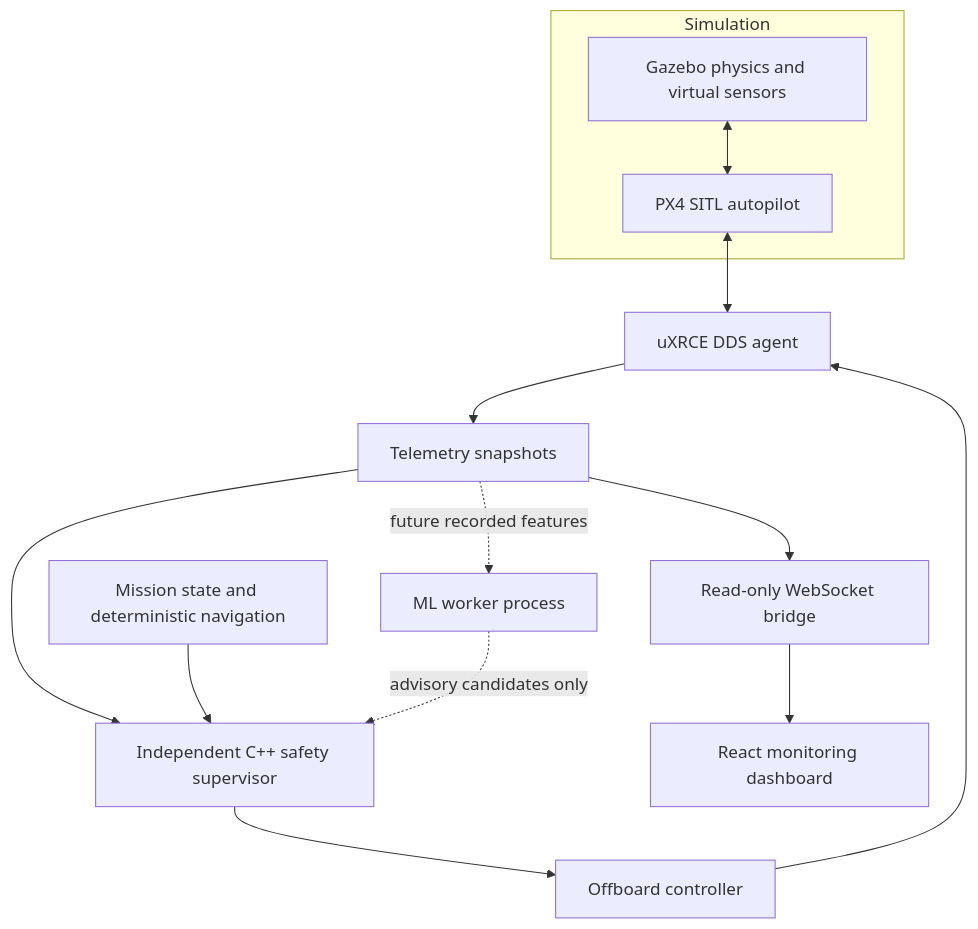
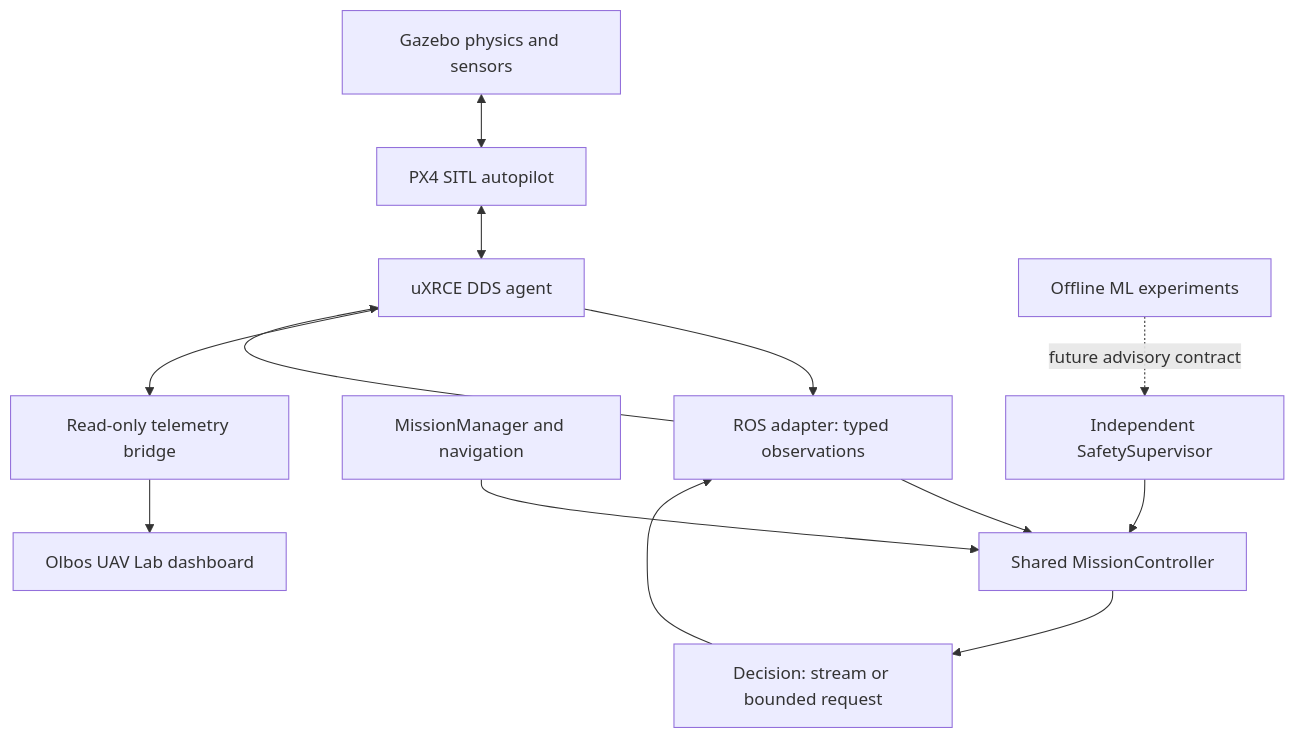
Before and after one commit to olbos-technologies/olbos-uav-lab: the first of 2 diagrams in docs/architecture/architecture.md, drawn with Mermaid. The commit also changed other lines of this file and 32 other files, not shown here.

Commit message:
Unify the harness and PX4 adapter around a tested mission controller

````diff
--- a/docs/architecture/architecture.md
+++ b/docs/architecture/architecture.md
@@ -4,16 +6,15 @@
 ```mermaid
 flowchart TD
-  subgraph Simulation
-    G[Gazebo physics and virtual sensors] <--> P[PX4 SITL autopilot]
-  end
+  G[Gazebo physics and sensors] <--> P[PX4 SITL autopilot]
   P <--> D[uXRCE DDS agent]
-  D --> T[Telemetry snapshots]
-  T --> S[Independent C++ safety supervisor]
-  M[Mission state and deterministic navigation] --> S
-  S --> O[Offboard controller]
-  O --> D
-  T --> B[Read-only WebSocket bridge]
-  B --> U[React monitoring dashboard]
-  T -. future recorded features .-> ML[ML worker process]
-  ML -. advisory candidates only .-> S
+  D --> R[ROS adapter: typed observations]
+  R --> C[Shared MissionController]
+  M[MissionManager and navigation] --> C
+  S[Independent SafetySupervisor] --> C
+  C --> A[Decision: stream or bounded request]
+  A --> R
+  R --> D
+  D --> B[Read-only telemetry bridge]
+  B --> U[Olbos UAV Lab dashboard]
+  ML[Offline ML experiments] -. future advisory contract .-> S
 ```
````
